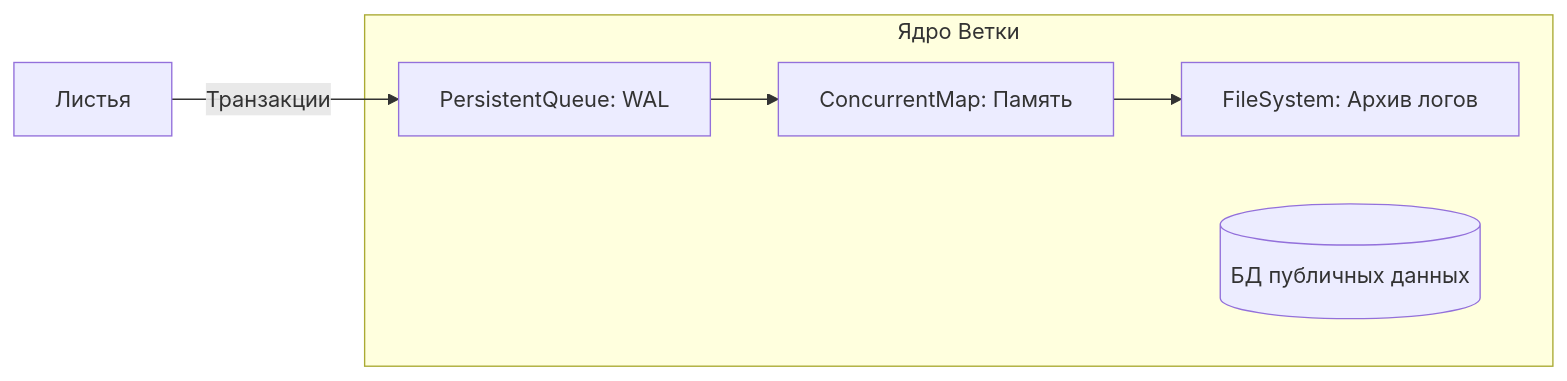
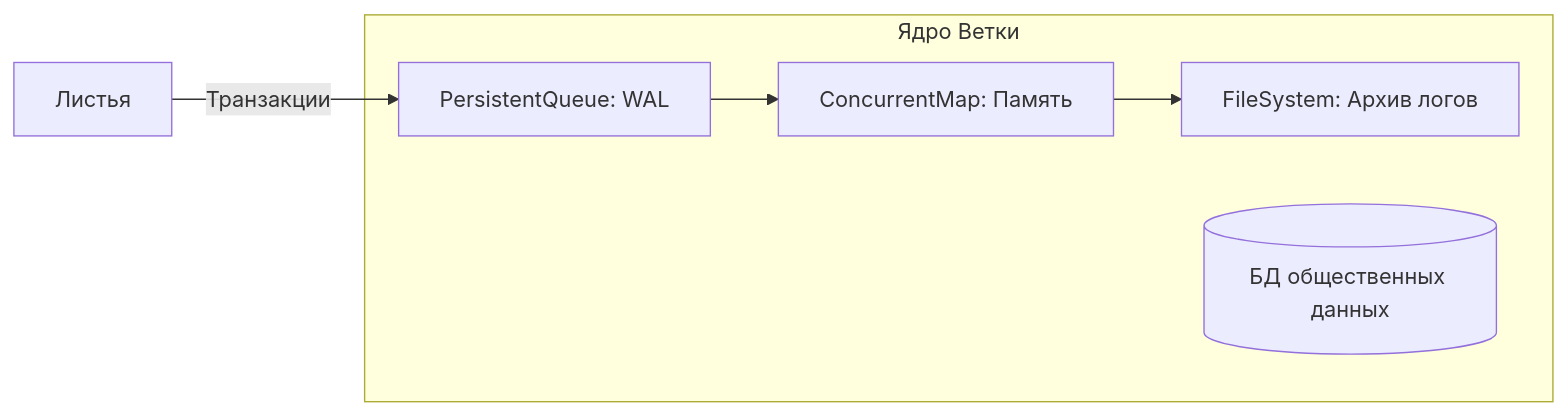
One commit to Data-Independence-Network/presentations changed the seventh of 12 diagrams in architecture_presentations/01_topology_and_sovereignty/docs/presentation_deck.md. Above: the diagram before and after it, drawn with Mermaid. The commit also changed other lines of this file and 81 other files, not shown here.

```diff
--- a/architecture_presentations/01_topology_and_sovereignty/docs/presentation_deck.md
+++ b/architecture_presentations/01_topology_and_sovereignty/docs/presentation_deck.md
@@ -370,13 +370,13 @@
         <div class="mermaid">
 graph LR
     L[Листья] -->|Транзакции| PQ[PersistentQueue: WAL]
     PQ --> CM[ConcurrentMap: Память]
     CM --> FS[FileSystem: Архив логов]
     
     subgraph Branch_Core [Ядро Ветки]
         PQ
         CM
         FS
-        PubDB[(БД публичных данных)]
+        PubDB[(БД общественных данных)]
     end
         </div>
```
